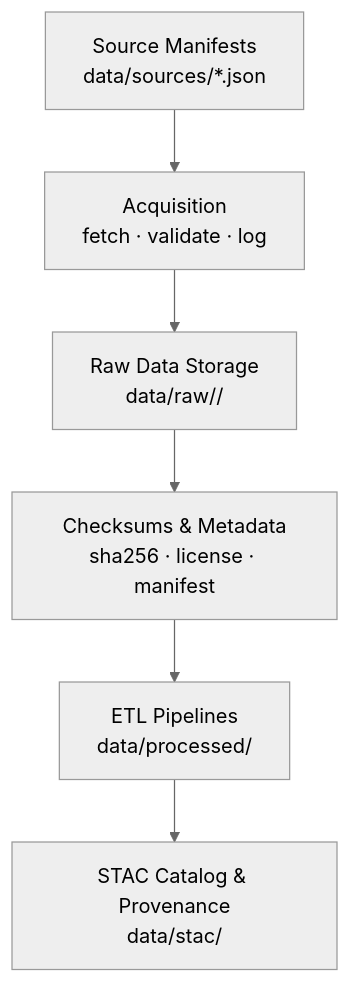
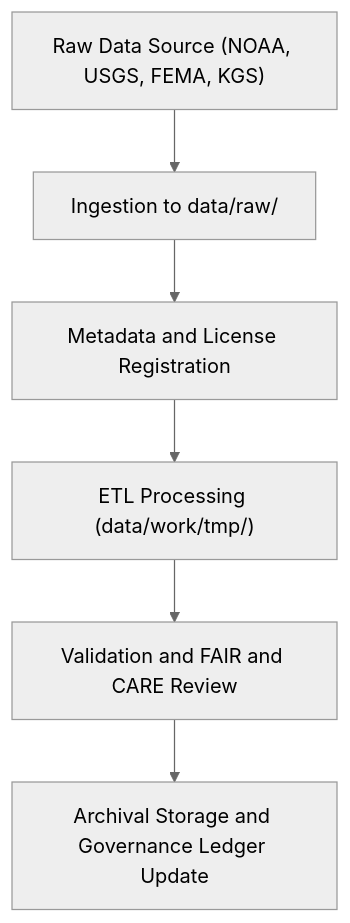
One commit to bartytime4life/Kansas-Frontier-Matrix changed the diagram in data/raw/README.md. Above: the diagram before and after it, drawn with Mermaid (neutral theme). The commit also changed other lines of this file, not shown here.

````diff
--- a/data/raw/README.md
+++ b/data/raw/README.md
@@ -117,9 +78,8 @@
 ```mermaid
 flowchart TD
-  A["Source Manifests<br/>data/sources/*.json"] --> B["Acquisition<br/>fetch · validate · log"]
-  B --> C["Raw Data Storage<br/>data/raw/<domain>/"]
-  C --> D["Checksums & Metadata<br/>sha256 · license · manifest"]
-  D --> E["ETL Pipelines<br/>data/processed/"]
-  E --> F["STAC Catalog & Provenance<br/>data/stac/"]
-%% END OF MERMAID %%
+    A["Raw Data Source (NOAA, USGS, FEMA, KGS)"] --> B["Ingestion to data/raw/"]
+    B --> C["Metadata and License Registration"]
+    C --> D["ETL Processing (data/work/tmp/)"]
+    D --> E["Validation and FAIR and CARE Review"]
+    E --> F["Archival Storage and Governance Ledger Update"]
 ```
````
